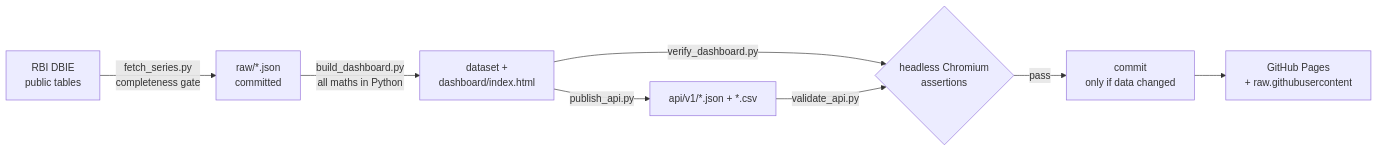
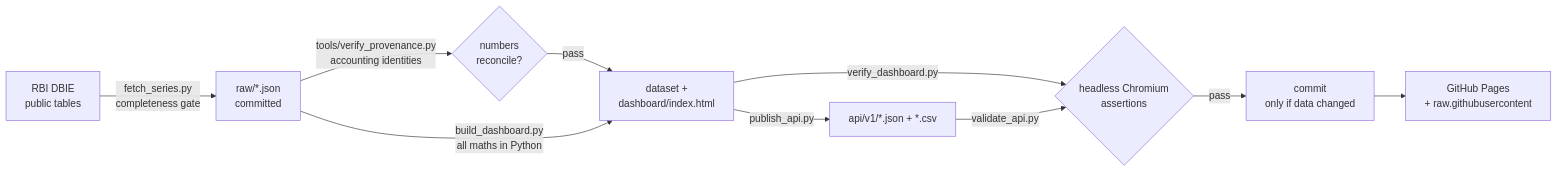
The diagram in README.md (mayankmohan1992/india-macro-war-room), drawn with Mermaid before and after one commit. The commit also changed other lines of this file and 63 other files, not shown here.

First line of the commit message:
Verify the numbers against RBI's own tables (1.0.6)

````diff
--- a/README.md
+++ b/README.md
@@ -93,10 +93,12 @@
 ```mermaid
 flowchart LR
     A["RBI DBIE<br/>public tables"] -->|fetch_series.py<br/>completeness gate| B["raw/*.json<br/>committed"]
-    B -->|build_dashboard.py<br/>all maths in Python| C["dataset +<br/>dashboard/index.html"]
+    B -->|tools/verify_provenance.py<br/>accounting identities| P{"numbers<br/>reconcile?"}
+    P -->|pass| C["dataset +<br/>dashboard/index.html"]
+    B -->|build_dashboard.py<br/>all maths in Python| C
     C -->|publish_api.py| D["api/v1/*.json + *.csv"]
     C -->|verify_dashboard.py| E{"headless Chromium<br/>assertions"}
     D -->|validate_api.py| E
     E -->|pass| F["commit<br/>only if data changed"]
     F --> G["GitHub Pages<br/>+ raw.githubusercontent"]
 ```
````
